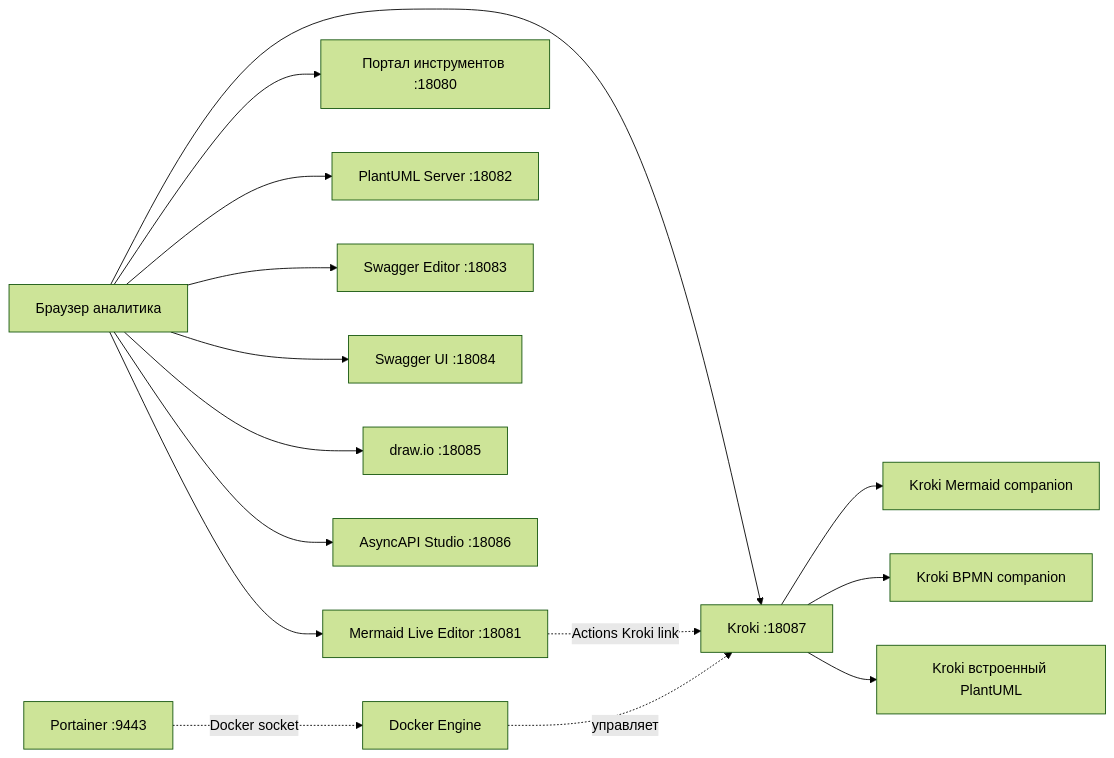
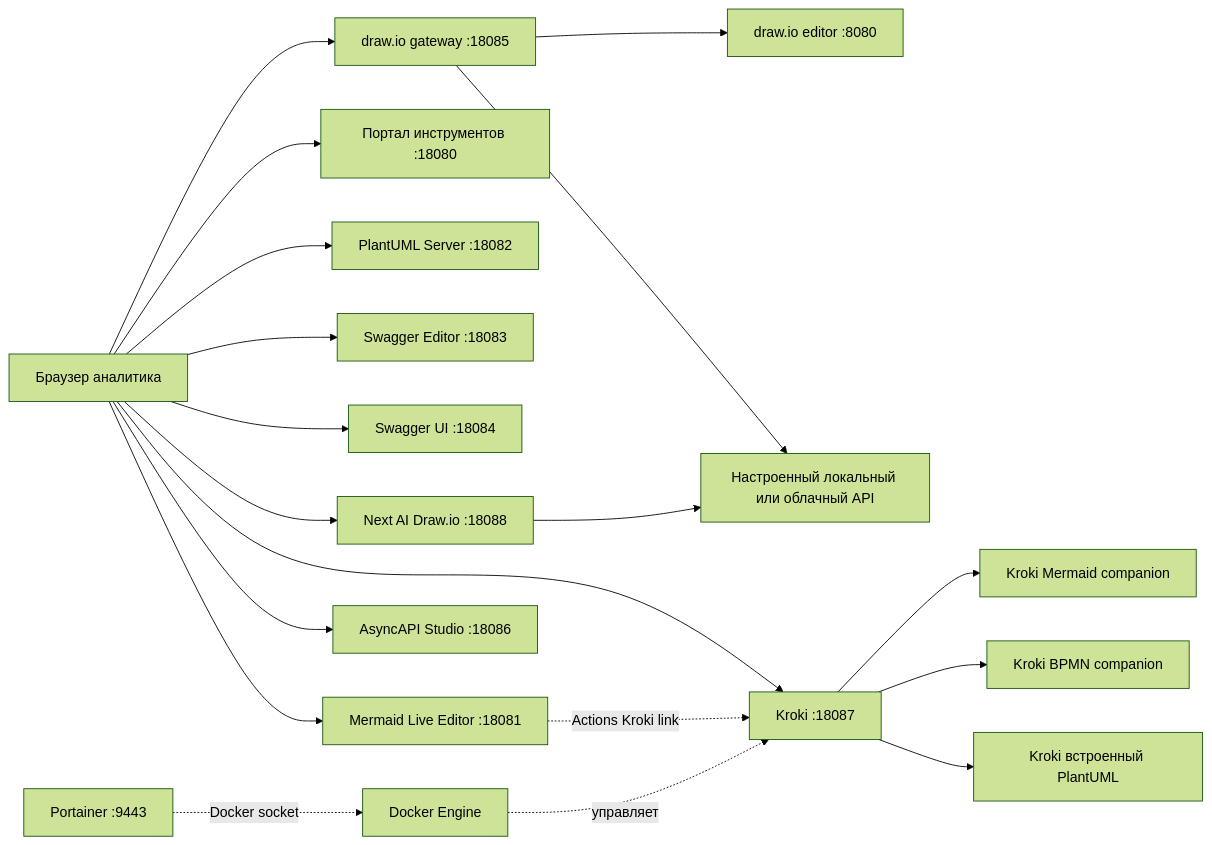
One commit to DenBond007/CA_instrument_in_docker changed the diagram in 01 - Архитектура и порты.md. Above: the diagram before and after it, drawn with Mermaid (forest theme). The commit also changed other lines of this file and 42 other files, not shown here.

Commit message:
feat: add AI diagram tools and local deployment guides

````diff
--- a/01 - Архитектура и порты.md
+++ b/01 - Архитектура и порты.md
@@ -15,17 +15,21 @@
 ```mermaid
 flowchart LR
   Browser[Браузер аналитика] --> Mermaid[Mermaid Live Editor :18081]
   Browser --> Portal[Портал инструментов :18080]
   Browser --> PlantUML[PlantUML Server :18082]
   Browser --> SwaggerE[Swagger Editor :18083]
   Browser --> SwaggerU[Swagger UI :18084]
-  Browser --> Drawio[draw.io :18085]
+  Browser --> DG[draw.io gateway :18085]
+  DG --> Drawio[draw.io editor :8080]
+  DG --> LLM
+  Browser --> AIDrawio[Next AI Draw.io :18088]
+  AIDrawio --> LLM[Настроенный локальный или облачный API]
   Browser --> AsyncAPI[AsyncAPI Studio :18086]
   Browser --> Kroki[Kroki :18087]
   Mermaid -. Actions Kroki link .-> Kroki
   Kroki --> KM[Kroki Mermaid companion]
   Kroki --> KB[Kroki BPMN companion]
   Kroki --> PU[Kroki встроенный PlantUML]
   Portainer[Portainer :9443] -. Docker socket .-> Docker[Docker Engine]
   Docker -. управляет .-> Kroki
 ```
````
